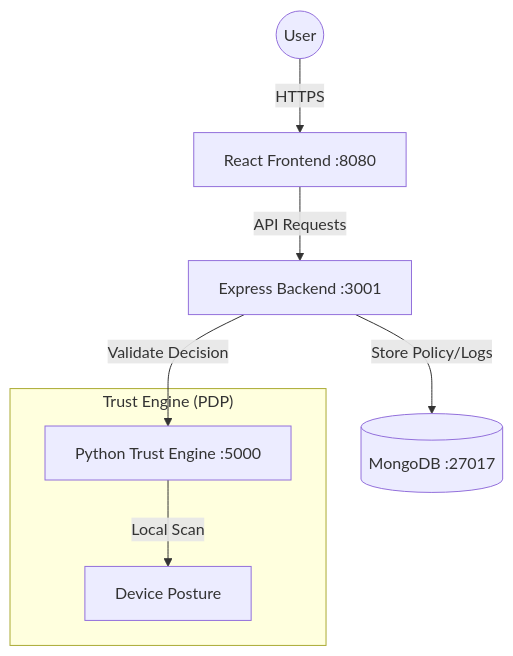
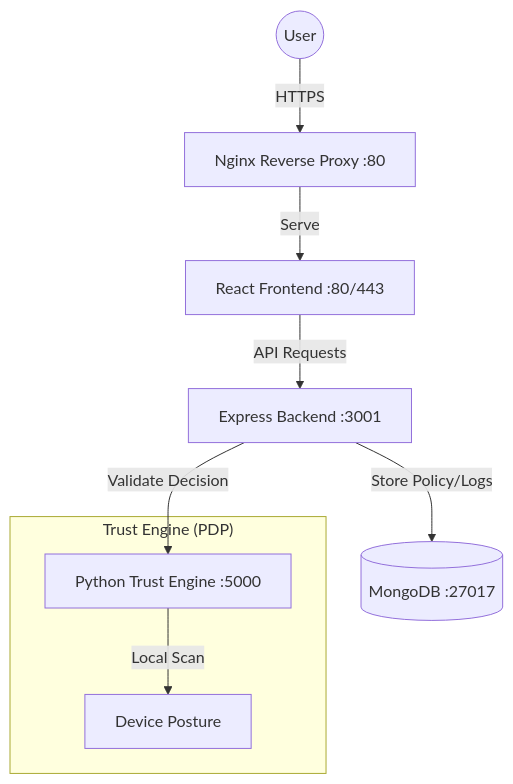
Before and after one commit to SoraPewnaldo/Zero-trust: the diagram in README.md, drawn with Mermaid. The commit also changed other lines of this file, not shown here.

````diff
--- a/README.md
+++ b/README.md
@@ -15,11 +18,12 @@
 ```mermaid
 graph TD
-    User((User)) -->|HTTPS| Frontend[React Frontend :8080]
+    User((User)) -->|HTTPS| Proxy[Nginx Reverse Proxy :80]
+    Proxy -->|Serve| Frontend[React Frontend :80/443]
     Frontend -->|API Requests| Backend[Express Backend :3001]
     Backend -->|Validate Decision| PDP[Python Trust Engine :5000]
     Backend -->|Store Policy/Logs| DB[(MongoDB :27017)]
-    
+
     subgraph "Trust Engine (PDP)"
         PDP -->|Local Scan| OS[Device Posture]
     end
 ```
````
